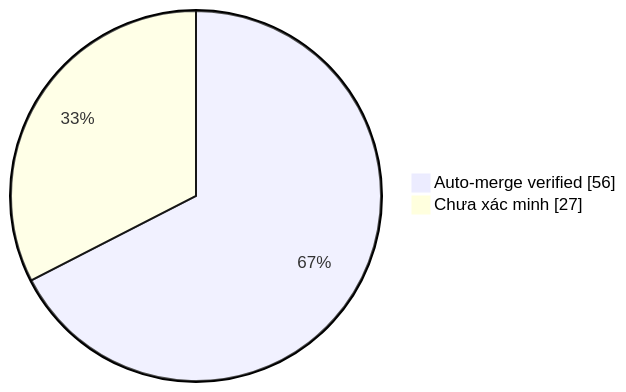
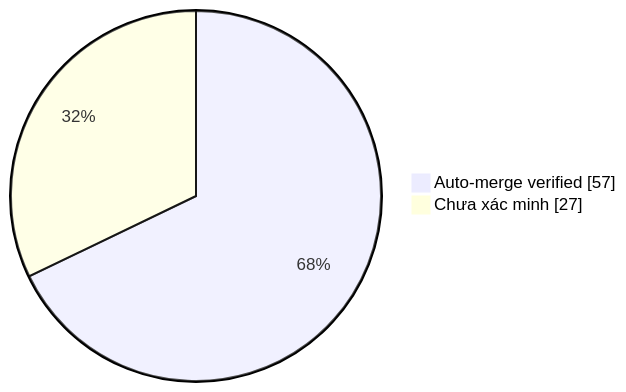
Before and after one commit to duykhang68/tetdinhmuiblog: the diagram in collector.md, drawn with Mermaid. The commit also changed other lines of this file and 1 other file, not shown here.

Commit message:
docs(collector): update auto-merge evidence dashboard

````diff
--- a/collector.md
+++ b/collector.md
@@ -22,5 +22,5 @@
 ```mermaid
 pie showData
-    "Auto-merge verified" : 56
+    "Auto-merge verified" : 57
     "Chưa xác minh" : 27
 ```
````
